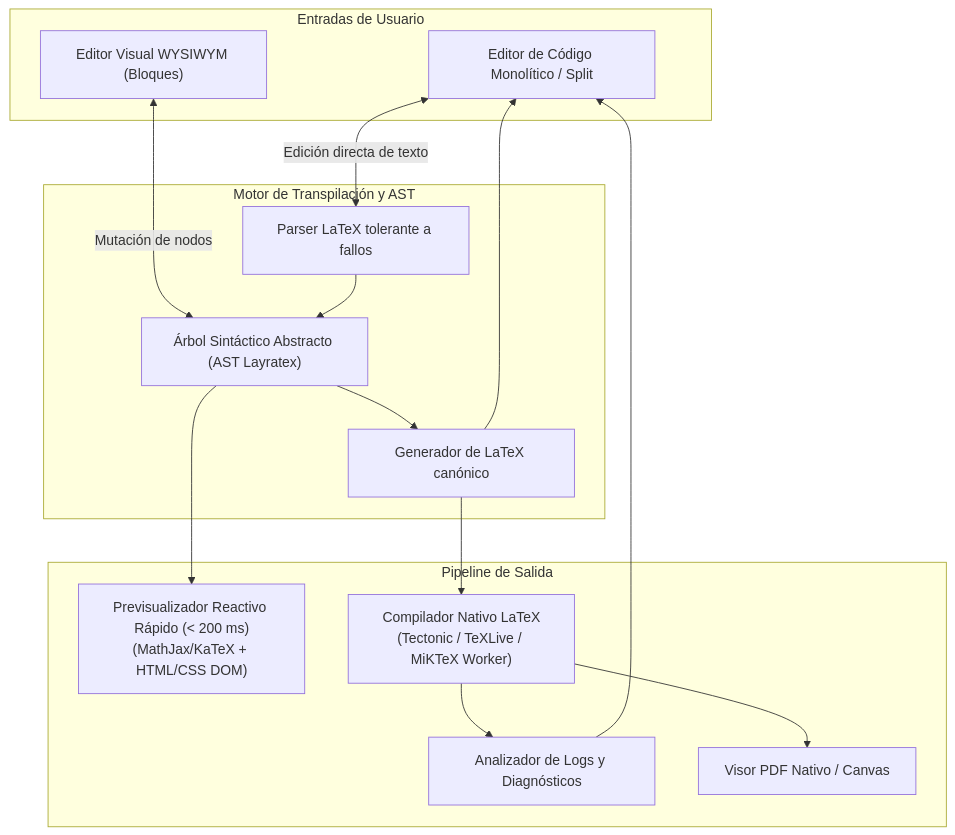
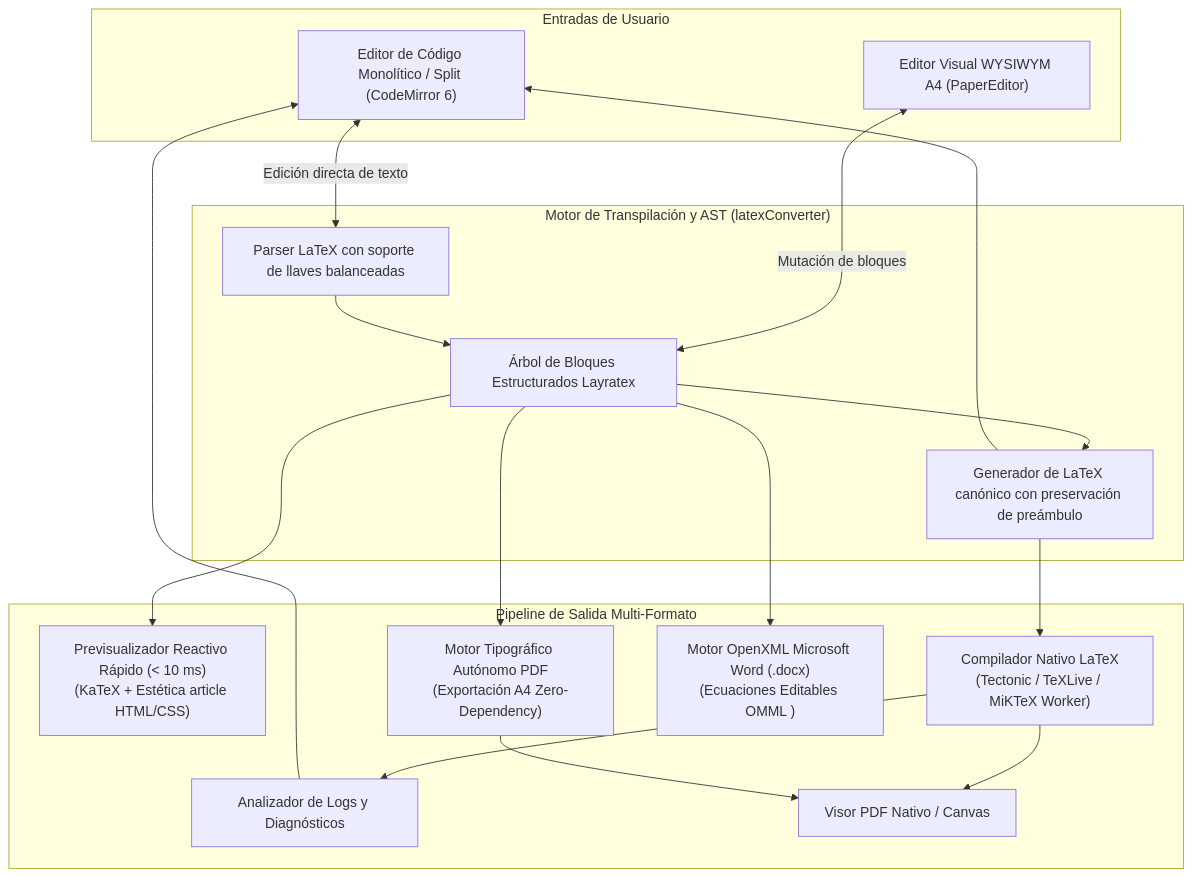
Before and after one commit to angelcontres/layratex: the diagram in docs/SDD/06-motor-latex-y-pipeline.md, drawn with Mermaid. The commit also changed other lines of this file and 98 other files, not shown here.

First line of the commit message:
feat: v0.2.0 - visual overhaul, Word OMML export, official icons & frameless controls (#13)

````diff
--- a/docs/SDD/06-motor-latex-y-pipeline.md
+++ b/docs/SDD/06-motor-latex-y-pipeline.md
@@ -11,33 +11,38 @@
 ```mermaid
 flowchart TD
     subgraph EntradaUsuario["Entradas de Usuario"]
-        CodeInput["Editor de Código Monolítico / Split"]
-        VisualInput["Editor Visual WYSIWYM (Bloques)"]
+        CodeInput["Editor de Código Monolítico / Split (CodeMirror 6)"]
+        VisualInput["Editor Visual WYSIWYM A4 (PaperEditor)"]
     end
 
-    subgraph CoreEngine["Motor de Transpilación y AST"]
-        AST["Árbol Sintáctico Abstracto (AST Layratex)"]
-        Parser["Parser LaTeX tolerante a fallos"]
-        Serializer["Generador de LaTeX canónico"]
+    subgraph CoreEngine["Motor de Transpilación y AST (latexConverter)"]
+        AST["Árbol de Bloques Estructurados Layratex"]
+        Parser["Parser LaTeX con soporte de llaves balanceadas"]
+        Serializer["Generador de LaTeX canónico con preservación de preámbulo"]
     end
 
-    subgraph PipelineSalida["Pipeline de Salida"]
-        QuickPreview["Previsualizador Reactivo Rápido (< 200 ms)\n(MathJax/KaTeX + HTML/CSS DOM)"]
+    subgraph PipelineSalida["Pipeline de Salida Multi-Formato"]
+        QuickPreview["Previsualizador Reactivo Rápido (< 10 ms)\n(KaTeX + Estética article HTML/CSS)"]
         FullCompiler["Compilador Nativo LaTeX\n(Tectonic / TeXLive / MiKTeX Worker)"]
+        AutonomousPDF["Motor Tipográfico Autónomo PDF\n(Exportación A4 Zero-Dependency)"]
+        WordExporter["Motor OpenXML Microsoft Word (.docx)\n(Ecuaciones Editables OMML <m:oMath>)"]
         Diagnostic["Analizador de Logs y Diagnósticos"]
         PDFViewer["Visor PDF Nativo / Canvas"]
     end
 
     CodeInput <-->|"Edición directa de texto"| Parser
-    VisualInput <-->|"Mutación de nodos"| AST
+    VisualInput <-->|"Mutación de bloques"| AST
     
     Parser --> AST
     AST --> Serializer
     Serializer --> CodeInput
 
     AST --> QuickPreview
+    AST --> AutonomousPDF
+    AST --> WordExporter
     Serializer --> FullCompiler
     FullCompiler --> PDFViewer
+    AutonomousPDF --> PDFViewer
     FullCompiler --> Diagnostic
     Diagnostic --> CodeInput
 ```
````
